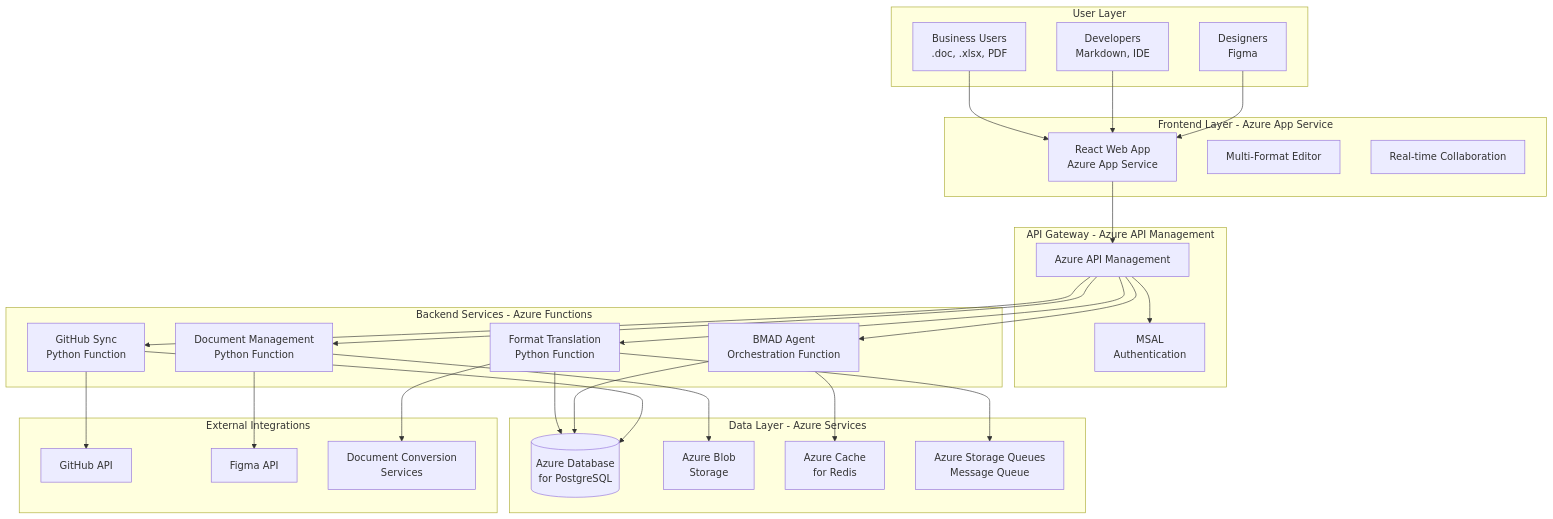
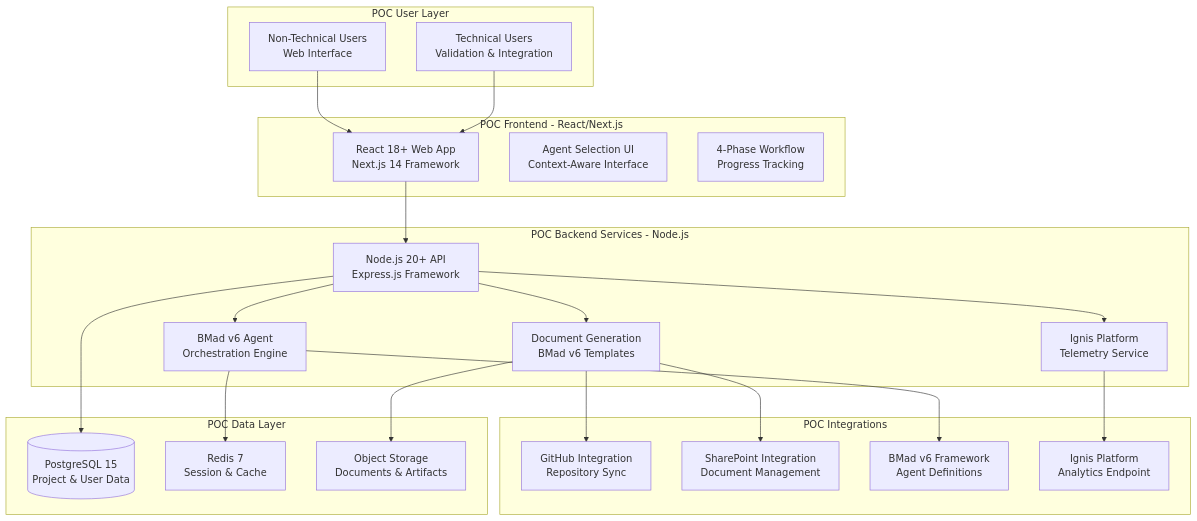
One commit to Ig-Saad/bmad-test-repo-003 changed the first of 12 diagrams in docs/architecture.md. Above: the diagram before and after it, drawn with Mermaid. The commit also changed other lines of this file and 2 other files, not shown here.

Commit message:
added poc prd, updated prd and architecture for the project

````diff
--- a/docs/architecture.md
+++ b/docs/architecture.md
@@ -47,62 +44,49 @@
 ```mermaid
 graph TB
-    subgraph "User Layer"
-        BU[Business Users<br/>.doc, .xlsx, PDF]
-        DU[Developers<br/>Markdown, IDE]
-        DES[Designers<br/>Figma]
+    subgraph "POC User Layer"
+        POCBU[Non-Technical Users<br/>Web Interface]
+        POCDEV[Technical Users<br/>Validation & Integration]
     end
 
-    subgraph "Frontend Layer - Azure App Service"
-        WEB[React Web App<br/>Azure App Service]
-        EDITOR[Multi-Format Editor]
-        COLLAB[Real-time Collaboration]
+    subgraph "POC Frontend - React/Next.js"
+        POCWEB[React 18+ Web App<br/>Next.js 14 Framework]
+        POCAGENT[Agent Selection UI<br/>Context-Aware Interface]
+        POCPHASE[4-Phase Workflow<br/>Progress Tracking]
     end
 
-    subgraph "API Gateway - Azure API Management"
-        APIM[Azure API Management]
-        AUTH[MSAL<br/>Authentication]
+    subgraph "POC Backend Services - Node.js"
+        POCAPI[Node.js 20+ API<br/>Express.js Framework]
+        POCORCH[BMad v6 Agent<br/>Orchestration Engine]
+        POCDOC[Document Generation<br/>BMad v6 Templates]
+        POCTEL[Ignis Platform<br/>Telemetry Service]
     end
 
-    subgraph "Backend Services - Azure Functions"
-        TRANS[Format Translation<br/>Python Function]
-        AGENT[BMAD Agent<br/>Orchestration Function]
-        DOC[Document Management<br/>Python Function]
-        SYNC[GitHub Sync<br/>Python Function]
+    subgraph "POC Integrations"
+        POCGH[GitHub Integration<br/>Repository Sync]
+        POCSP[SharePoint Integration<br/>Document Management]
+        POCBMAD[BMad v6 Framework<br/>Agent Definitions]
+        POCIGNIS[Ignis Platform<br/>Analytics Endpoint]
     end
 
-    subgraph "External Integrations"
-        GH[GitHub API]
-        FIG[Figma API]
-        CONV[Document Conversion<br/>Services]
+    subgraph "POC Data Layer"
+        POCDB[(PostgreSQL 15<br/>Project & User Data)]
+        POCREDIS[Redis 7<br/>Session & Cache]
+        POCSTORAGE[Object Storage<br/>Documents & Artifacts]
     end
 
-    subgraph "Data Layer - Azure Services"
-        DB[(Azure Database<br/>for PostgreSQL)]
-        STORAGE[Azure Blob<br/>Storage]
-        CACHE[Azure Cache<br/>for Redis]
-        QUEUE[Azure Storage Queues<br/>Message Queue]
-    end
+    POCBU --> POCWEB
+    POCDEV --> POCWEB
+    POCWEB --> POCAPI
+    POCAPI --> POCORCH
+    POCAPI --> POCDOC
+    POCAPI --> POCTEL
 
-    BU --> WEB
-    DU --> WEB
-    DES --> WEB
+    POCORCH --> POCBMAD
+    POCDOC --> POCGH
+    POCDOC --> POCSP
+    POCTEL --> POCIGNIS
 
-    WEB --> APIM
-    APIM --> AUTH
-    APIM --> TRANS
-    APIM --> AGENT
-    APIM --> DOC
-    APIM --> SYNC
-
-    TRANS --> CONV
-    SYNC --> GH
-    DOC --> FIG
-
-    TRANS --> DB
-    AGENT --> DB
-    DOC --> STORAGE
-    SYNC --> DB
-
-    TRANS --> QUEUE
-    AGENT --> CACHE
+    POCAPI --> POCDB
+    POCORCH --> POCREDIS
+    POCDOC --> POCSTORAGE
 ```
````
